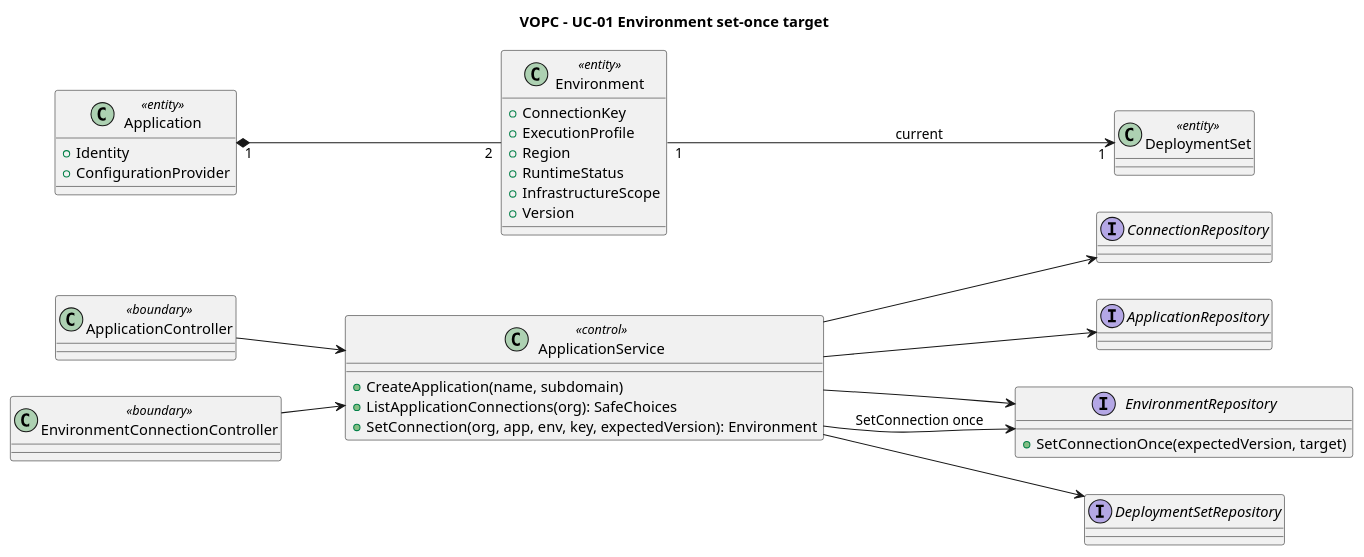
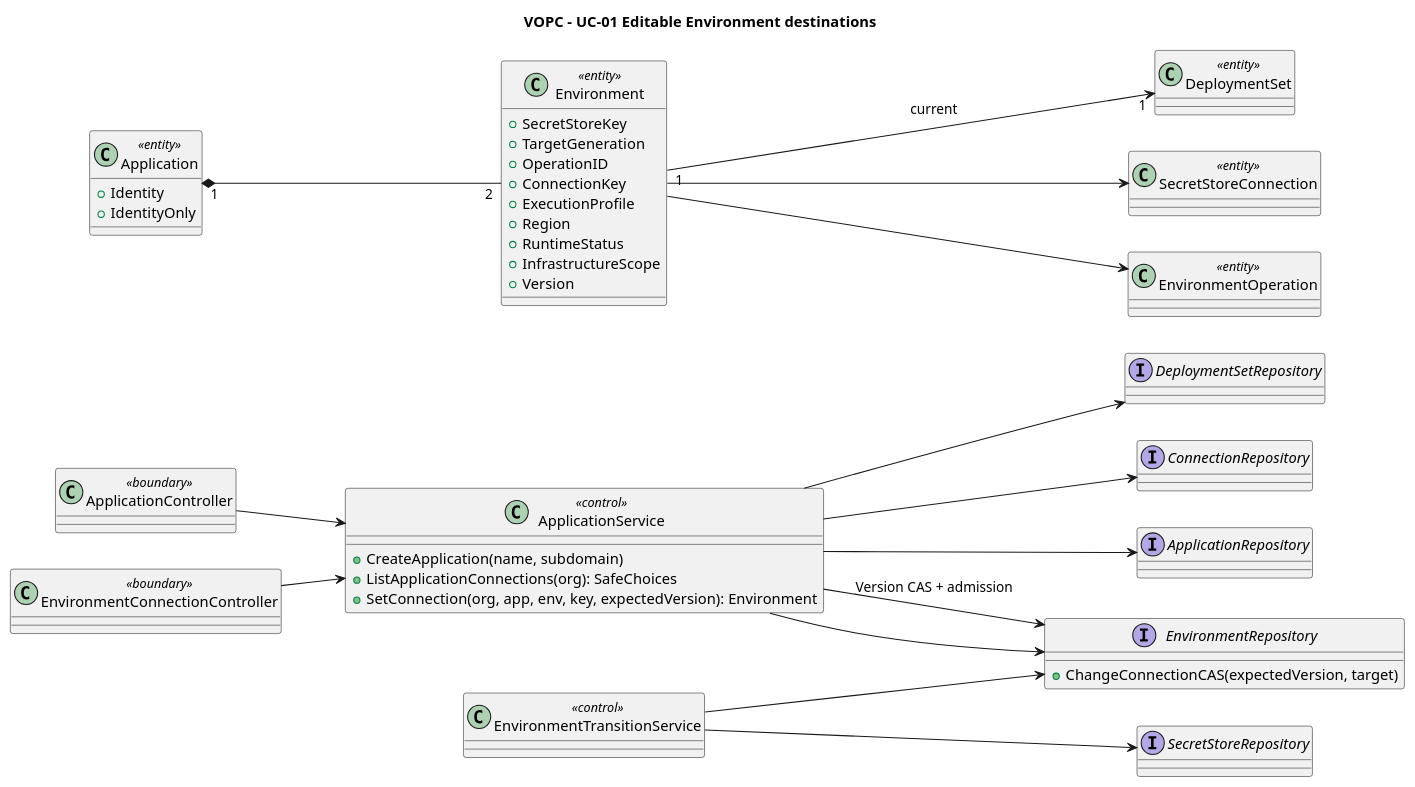
One commit to pr3s3nt/poc changed the diagram in orchestrator_docs/usecase/UC-01/vopc.puml. Above: the diagram before and after it, drawn with PlantUML. The commit also changed 171 other files, not shown here.

Commit message:
feat: checkpoint environment secret stores and target transitions

```diff
--- a/orchestrator_docs/usecase/UC-01/vopc.puml
+++ b/orchestrator_docs/usecase/UC-01/vopc.puml
@@ -1,39 +1,50 @@
 @startuml
-title VOPC - UC-01 Environment set-once target
+title VOPC - UC-01 Editable Environment destinations
 left to right direction
 class ApplicationController <<boundary>>
 class ApplicationService <<control>> {
  +CreateApplication(name, subdomain)
  +ListApplicationConnections(org): SafeChoices
  +SetConnection(org, app, env, key, expectedVersion): Environment
 }
 class EnvironmentConnectionController <<boundary>>
 class Application <<entity>> {
  +Identity
- +ConfigurationProvider
+ +IdentityOnly
 }
 class Environment <<entity>> {
+ +SecretStoreKey
+ +TargetGeneration
+ +OperationID
  +ConnectionKey
  +ExecutionProfile
  +Region
  +RuntimeStatus
  +InfrastructureScope
  +Version
 }
 class DeploymentSet <<entity>>
 interface ConnectionRepository
 interface ApplicationRepository
 interface EnvironmentRepository {
- +SetConnectionOnce(expectedVersion, target)
+ +ChangeConnectionCAS(expectedVersion, target)
 }
 interface DeploymentSetRepository
 ApplicationController --> ApplicationService
 EnvironmentConnectionController --> ApplicationService
 ApplicationService --> ApplicationRepository
 ApplicationService --> EnvironmentRepository
 ApplicationService --> DeploymentSetRepository
-ApplicationService --> EnvironmentRepository : SetConnection once
+ApplicationService --> EnvironmentRepository : Version CAS + admission
 ApplicationService --> ConnectionRepository
 Application "1" *-- "2" Environment
 Environment "1" --> "1" DeploymentSet : current
+class SecretStoreConnection <<entity>>
+class EnvironmentOperation <<entity>>
+class EnvironmentTransitionService <<control>>
+interface SecretStoreRepository
+Environment --> SecretStoreConnection
+Environment --> EnvironmentOperation
+EnvironmentTransitionService --> EnvironmentRepository
+EnvironmentTransitionService --> SecretStoreRepository
 @enduml
```
